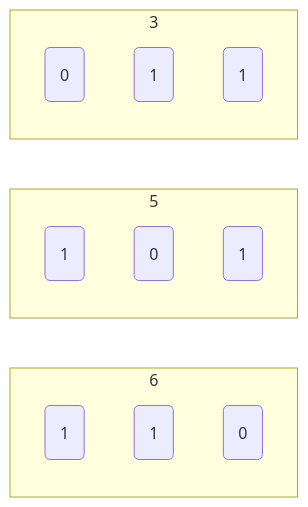
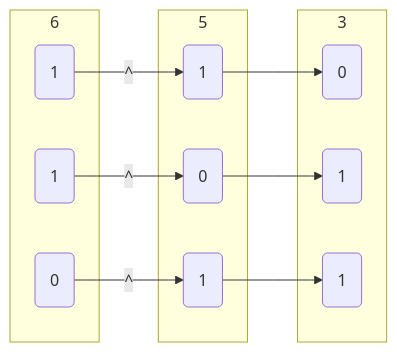
One commit to dmjcb/dmjcb.github.io changed the fifth of 5 diagrams in _posts/Language/C&C++/Memory/2021-11-14-位运算.md. Above: the diagram before and after it, drawn with Mermaid. The commit also changed other lines of this file and 122 other files, not shown here.

Commit message:
修复图形显示BUG

````diff
--- a/_posts/Language/C&C++/Memory/2021-11-14-位运算.md
+++ b/_posts/Language/C&C++/Memory/2021-11-14-位运算.md
@@ -207,21 +213,24 @@
 ```mermaid
 graph LR;
     subgraph 3
         c0(0)
         c1(1)
         c2(1)
     end
 
     subgraph 5
         a0(1)
         a1(0)
         a2(1)
     end
 
     subgraph 6
         b0(1)
         b1(1)
         b2(0)
     end
 
+    b0--^-->a0-->c0
+    b1--^-->a1-->c1
+    b2--^-->a2-->c2
 ```
````
